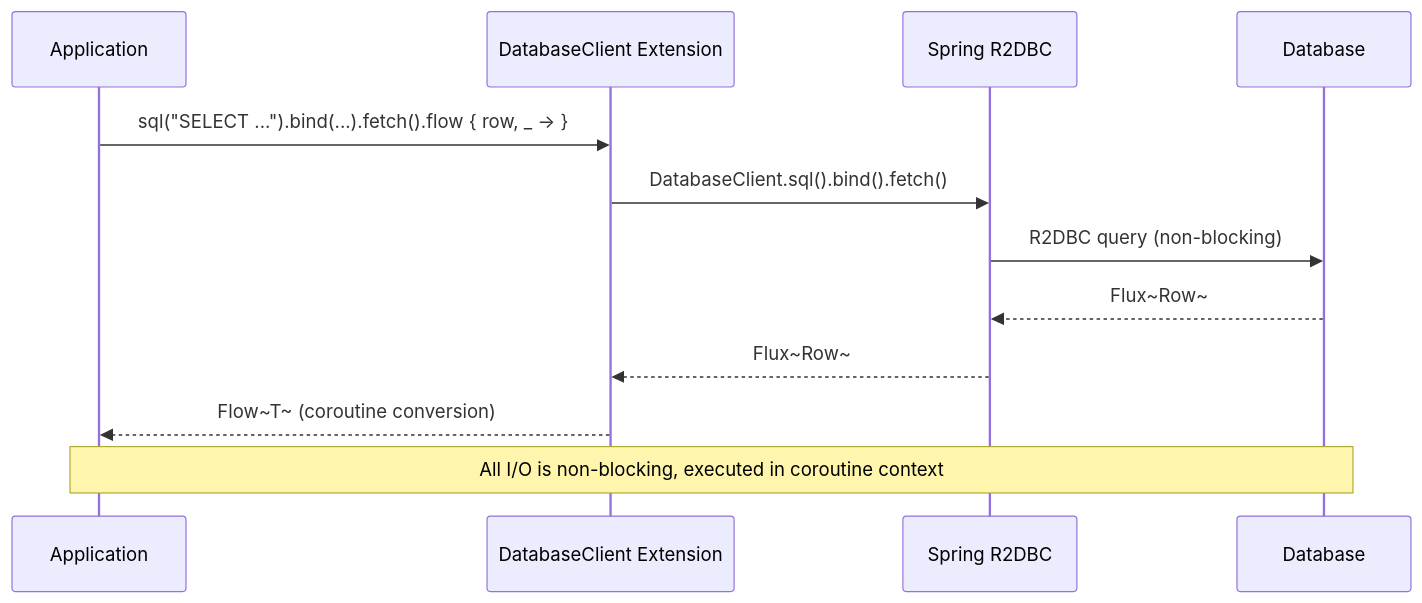
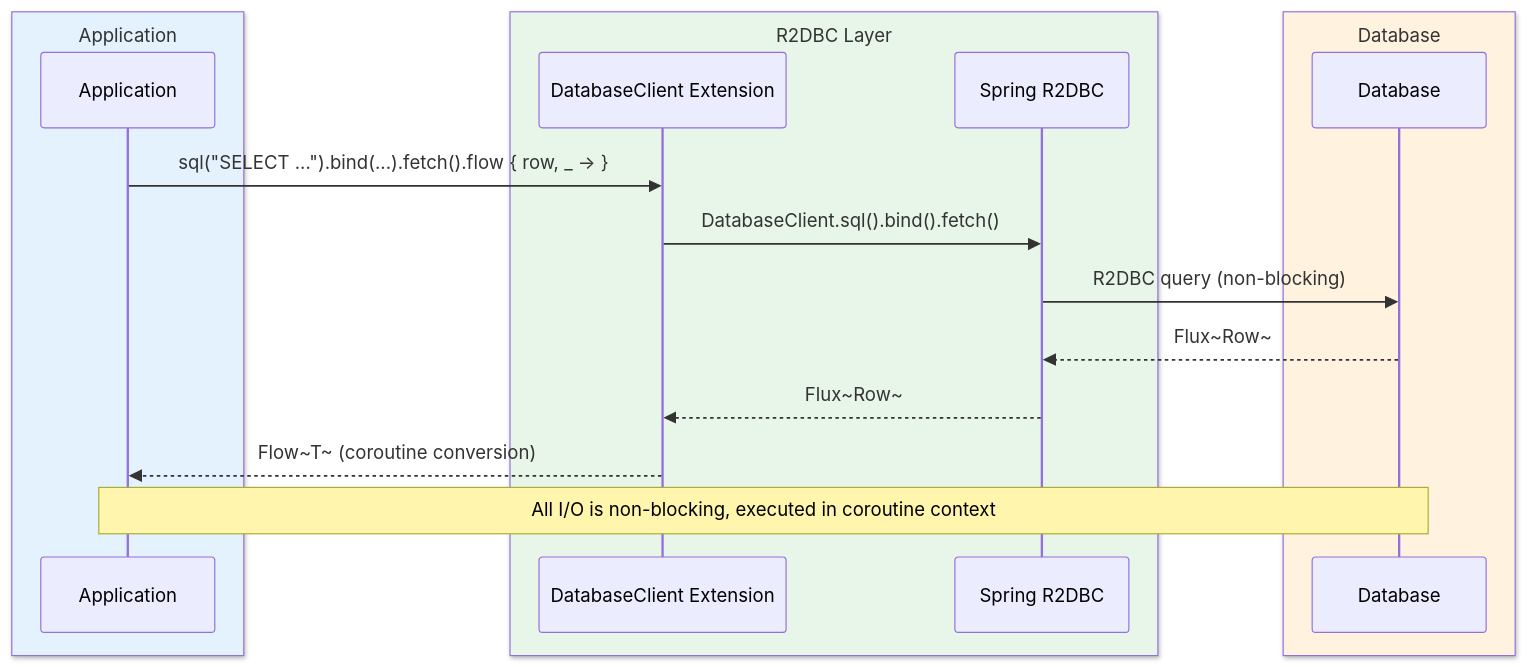
The third of 4 diagrams in data/r2dbc/README.md (bluetape4k/bluetape4k-projects), drawn with Mermaid before and after one commit. The commit also changed other lines of this file and 221 other files, not shown here.

First line of the commit message:
docs: 전체 모듈 README UML 다이어그램 보강 및 색상 업그레이드

````diff
--- a/data/r2dbc/README.md
+++ b/data/r2dbc/README.md
@@ -354,16 +362,22 @@
 ```mermaid
 sequenceDiagram
-    participant App as Application
-    participant R2DBC as DatabaseClient Extension
-    participant Spring as Spring R2DBC
-    participant DB as Database
+    box rgb(227, 242, 253) Application
+        participant App as Application
+    end
+    box rgb(232, 245, 233) R2DBC Layer
+        participant R2DBC as DatabaseClient Extension
+        participant Spring as Spring R2DBC
+    end
+    box rgb(255, 243, 224) Database
+        participant DB as Database
+    end
 
     App->>R2DBC: sql("SELECT ...").bind(...).fetch().flow { row, _ -> }
     R2DBC->>Spring: DatabaseClient.sql().bind().fetch()
     Spring->>DB: R2DBC query (non-blocking)
     DB-->>Spring: Flux~Row~
     Spring-->>R2DBC: Flux~Row~
     R2DBC-->>App: Flow~T~ (coroutine conversion)
 
     Note over App,DB: All I/O is non-blocking, executed in coroutine context
 ```
````
